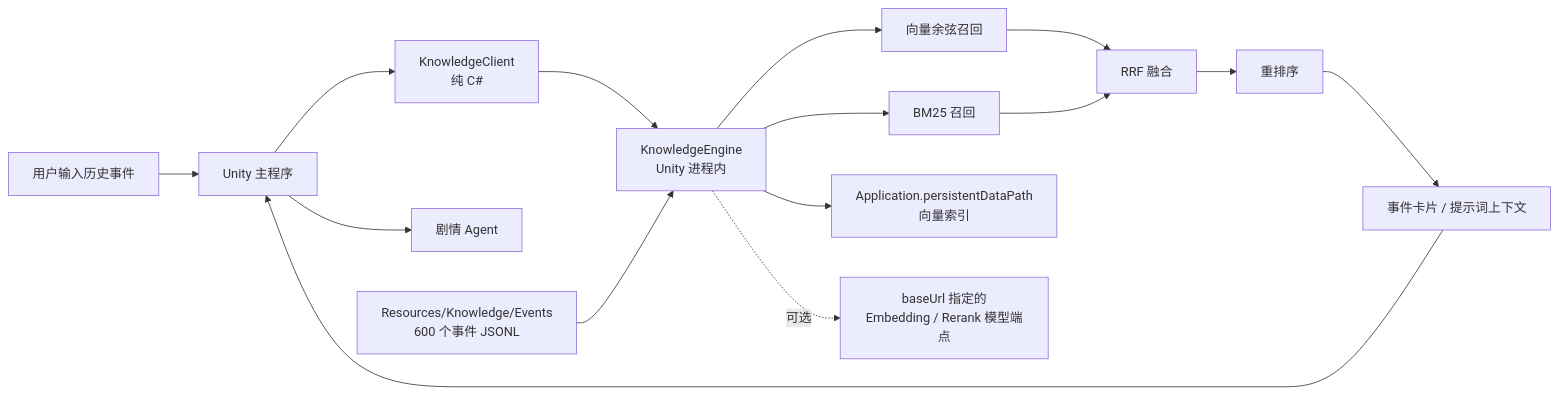
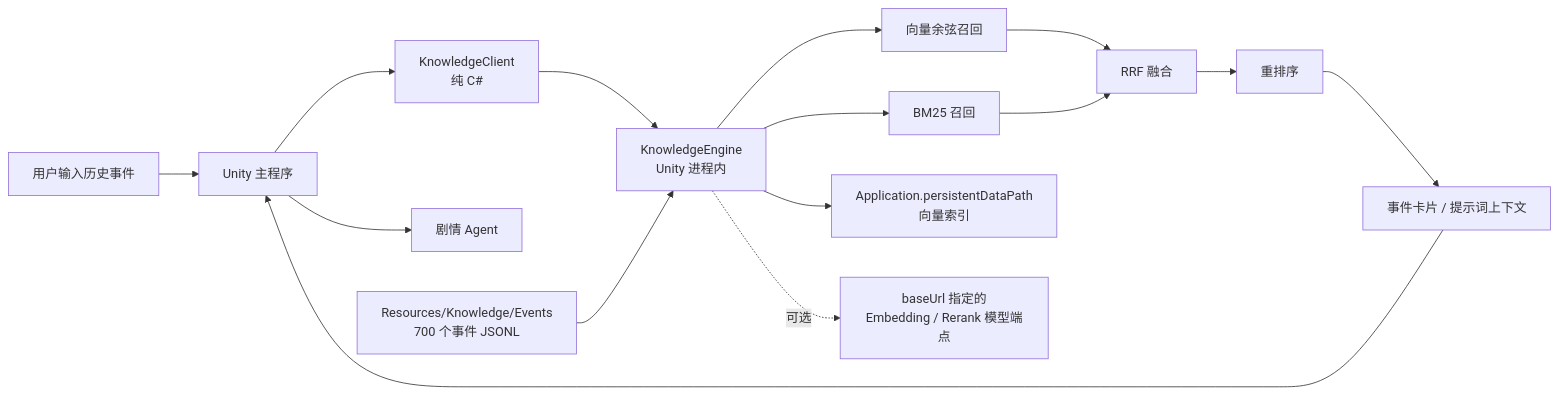
The diagram in Docs/KnowledgeRAG.md (xinghuocode/epicspark), drawn with Mermaid before and after one commit. The commit also changed other lines of this file and 9 other files, not shown here.

````diff
--- a/Docs/KnowledgeRAG.md
+++ b/Docs/KnowledgeRAG.md
@@ -8,17 +8,17 @@
 ```mermaid
 flowchart LR
     U[用户输入历史事件] --> S[Unity 主程序]
     S --> C[KnowledgeClient<br/>纯 C#]
     C --> E[KnowledgeEngine<br/>Unity 进程内]
     E --> R1[向量余弦召回]
     E --> R2[BM25 召回]
     R1 --> F[RRF 融合]
     R2 --> F
     F --> RR[重排序]
     RR --> CX[事件卡片 / 提示词上下文]
     CX --> S
     S --> A[剧情 Agent]
-    D[Resources/Knowledge/Events<br/>600 个事件 JSONL] --> E
+    D[Resources/Knowledge/Events<br/>700 个事件 JSONL] --> E
     E --> IDX[Application.persistentDataPath<br/>向量索引]
     E -.可选.-> M[baseUrl 指定的<br/>Embedding / Rerank 模型端点]
 ```
````
